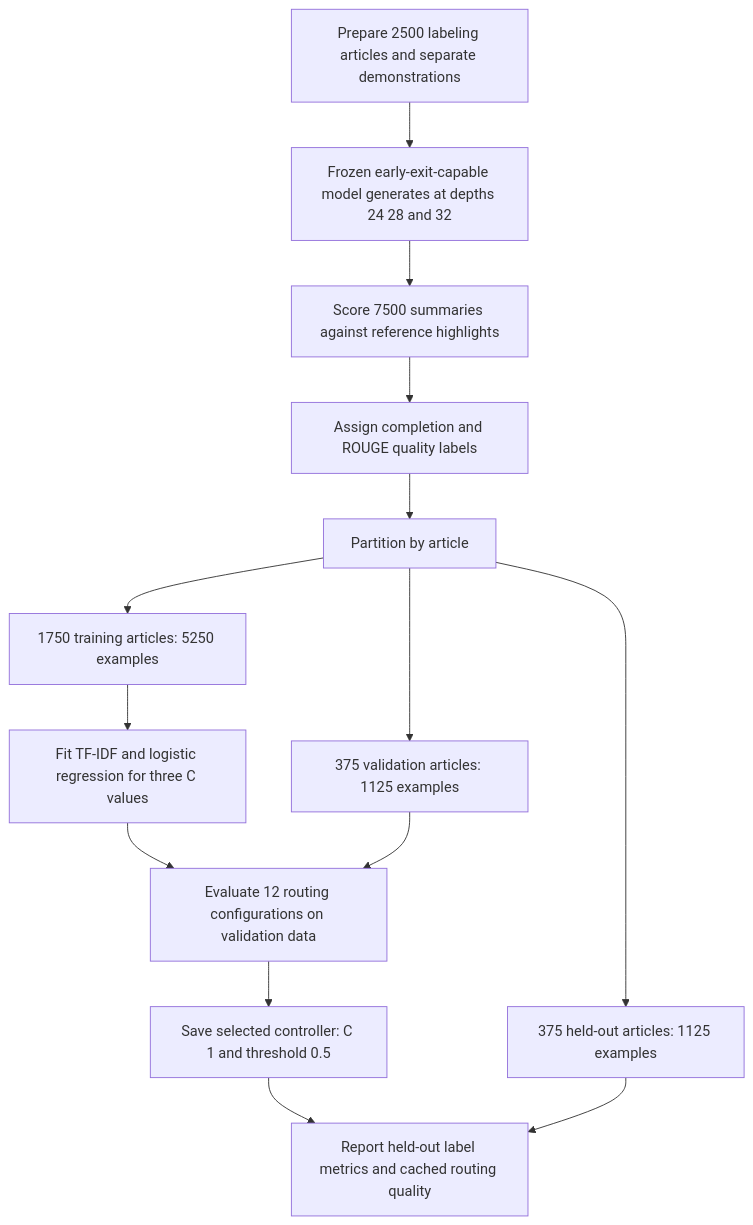
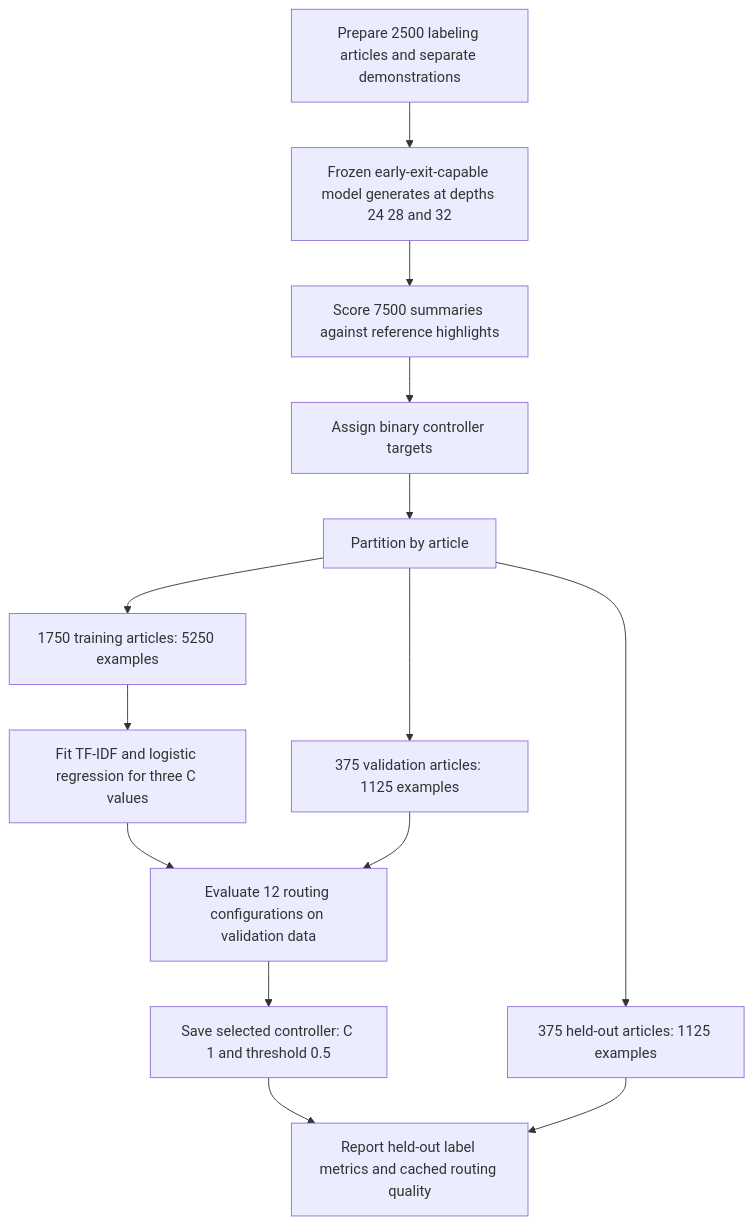
One commit to Rami2212/PSSN-LLM-Reasoning changed the first of 2 diagrams in research-paper-v6.1/methodology.md. Above: the diagram before and after it, drawn with Mermaid. The commit also changed other lines of this file and 5 other files, not shown here.

````diff
--- a/research-paper-v6.1/methodology.md
+++ b/research-paper-v6.1/methodology.md
@@ -47,16 +43,16 @@
 ```mermaid
 flowchart TD
     A[Prepare 2500 labeling articles and separate demonstrations] --> B[Frozen early-exit-capable model generates at depths 24 28 and 32]
     B --> C[Score 7500 summaries against reference highlights]
-    C --> D[Assign completion and ROUGE quality labels]
+    C --> D[Assign binary controller targets]
     D --> E[Partition by article]
     E --> F[1750 training articles: 5250 examples]
     E --> G[375 validation articles: 1125 examples]
     E --> H[375 held-out articles: 1125 examples]
     F --> I[Fit TF-IDF and logistic regression for three C values]
     I --> J[Evaluate 12 routing configurations on validation data]
     G --> J
     J --> K[Save selected controller: C 1 and threshold 0.5]
     K --> L[Report held-out label metrics and cached routing quality]
     H --> L
 ```
````
